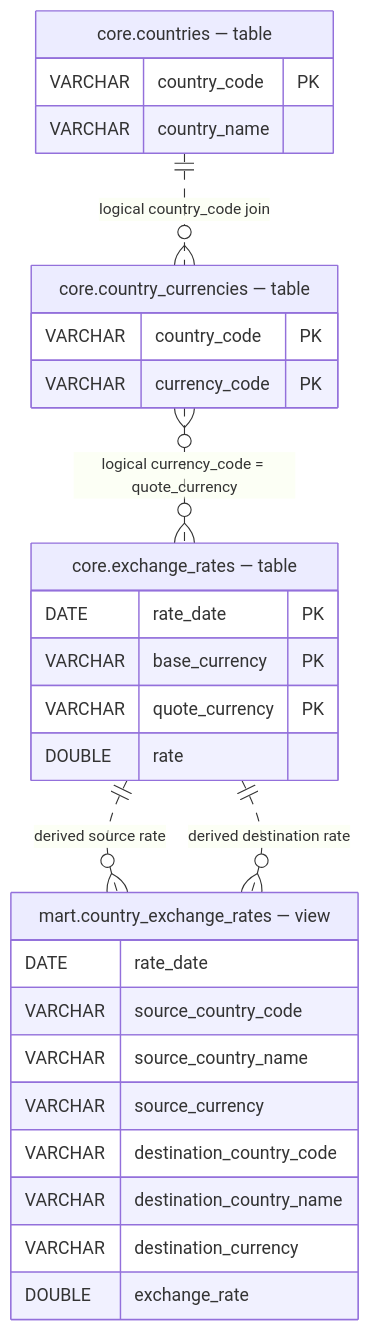
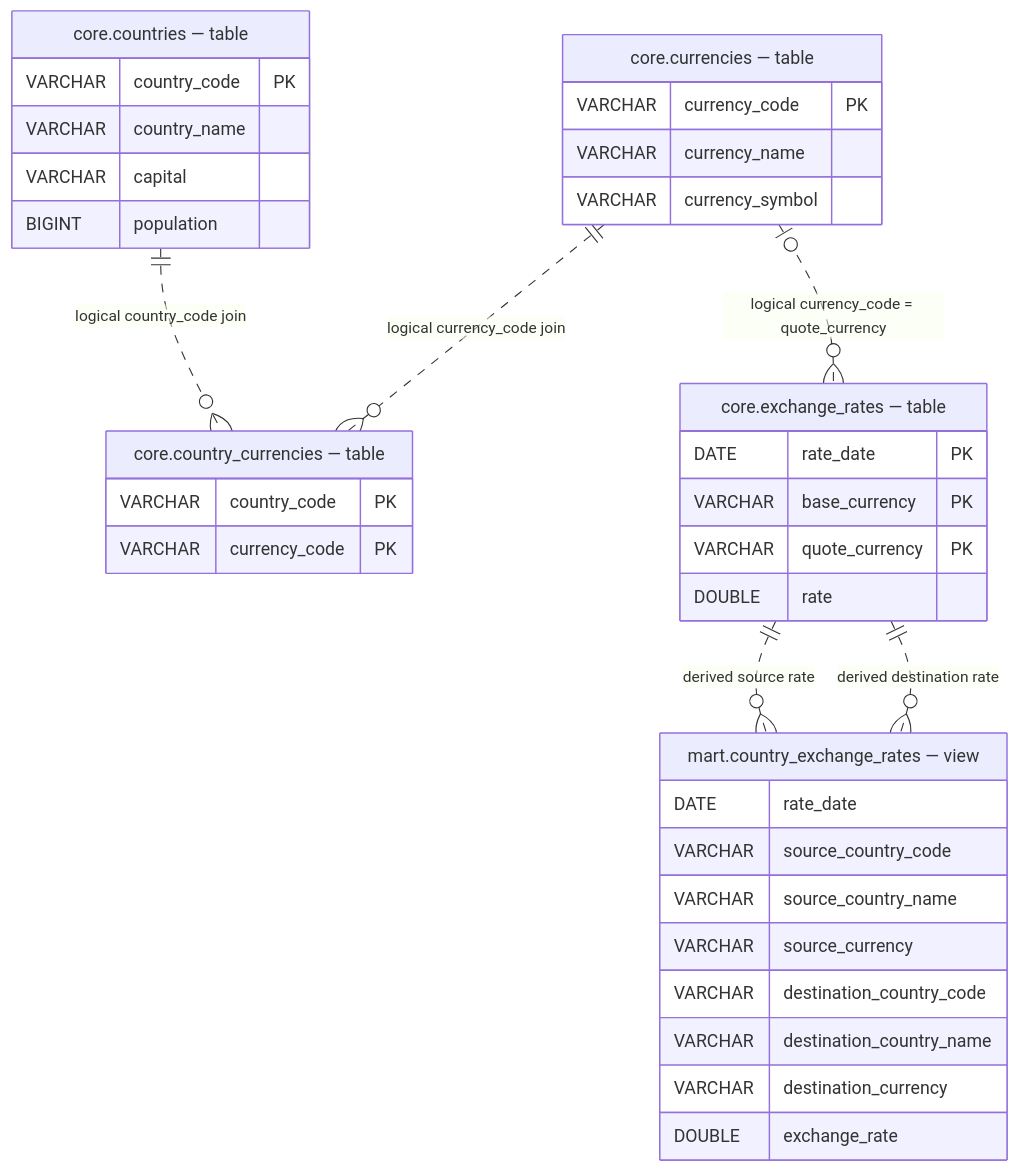
Before and after one commit to sanhatahir/branch-take-home-assessment: the second of 2 diagrams in part1.md, drawn with Mermaid. The commit also changed other lines of this file and 4 other files, not shown here.

Commit message:
Enrich country attributes and add currency dimension

````diff
--- a/part1.md
+++ b/part1.md
@@ -31,31 +31,39 @@
 ```mermaid
 erDiagram
     COUNTRIES["core.countries — table"] {
         VARCHAR country_code PK
         VARCHAR country_name
+        VARCHAR capital
+        BIGINT population
+    }
+    CURRENCIES["core.currencies — table"] {
+        VARCHAR currency_code PK
+        VARCHAR currency_name
+        VARCHAR currency_symbol
     }
     COUNTRY_CURRENCIES["core.country_currencies — table"] {
         VARCHAR country_code PK
         VARCHAR currency_code PK
     }
     EXCHANGE_RATES["core.exchange_rates — table"] {
         DATE rate_date PK
         VARCHAR base_currency PK
         VARCHAR quote_currency PK
         DOUBLE rate
     }
     COUNTRY_EXCHANGE_RATES["mart.country_exchange_rates — view"] {
         DATE rate_date
         VARCHAR source_country_code
         VARCHAR source_country_name
         VARCHAR source_currency
         VARCHAR destination_country_code
         VARCHAR destination_country_name
         VARCHAR destination_currency
         DOUBLE exchange_rate
     }
     COUNTRIES ||..o{ COUNTRY_CURRENCIES : "logical country_code join"
-    COUNTRY_CURRENCIES }o..o{ EXCHANGE_RATES : "logical currency_code = quote_currency"
+    CURRENCIES ||..o{ COUNTRY_CURRENCIES : "logical currency_code join"
+    CURRENCIES |o..o{ EXCHANGE_RATES : "logical currency_code = quote_currency"
     EXCHANGE_RATES ||..o{ COUNTRY_EXCHANGE_RATES : "derived source rate"
     EXCHANGE_RATES ||..o{ COUNTRY_EXCHANGE_RATES : "derived destination rate"
 ```
````
